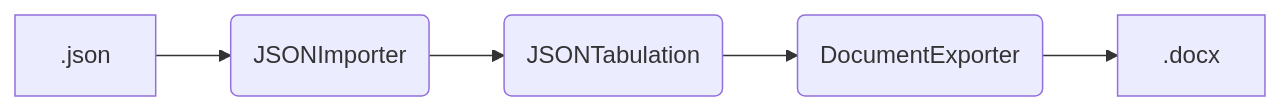
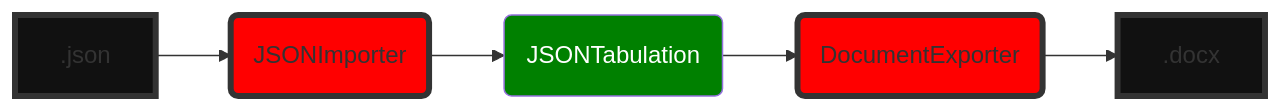
Before and after one commit to paragpathak2006/json_tables: the diagram in README.md, drawn with Mermaid. The commit also changed other lines of this file, not shown here.

Commit message:
Enhance README with flowchart for conversion process
Added a flowchart to illustrate the conversion process from JSON to DOCX.

````diff
--- a/README.md
+++ b/README.md
@@ -13,7 +14,12 @@
 ```mermaid
 graph LR;
     S[.json] --> A(JSONImporter) 
     A --> B(JSONTabulation);
     B --> C(DocumentExporter);
     C --> D[.docx];
+    style B fill:green,color:#fff
+    style A fill:red,stroke:#333,stroke-width:4px
+    style C fill:red,stroke:#333,stroke-width:4px
+    style S fill:#111111,stroke:#333,stroke-width:4px
+    style D fill:#111111,stroke:#333,stroke-width:4px
 ```
````
